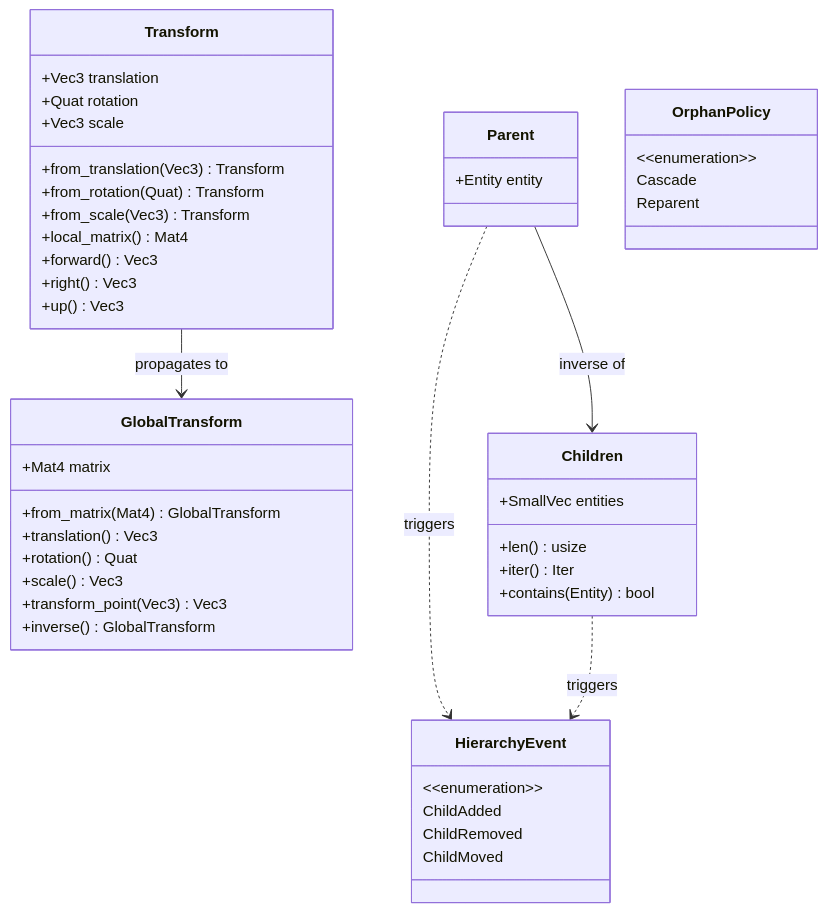
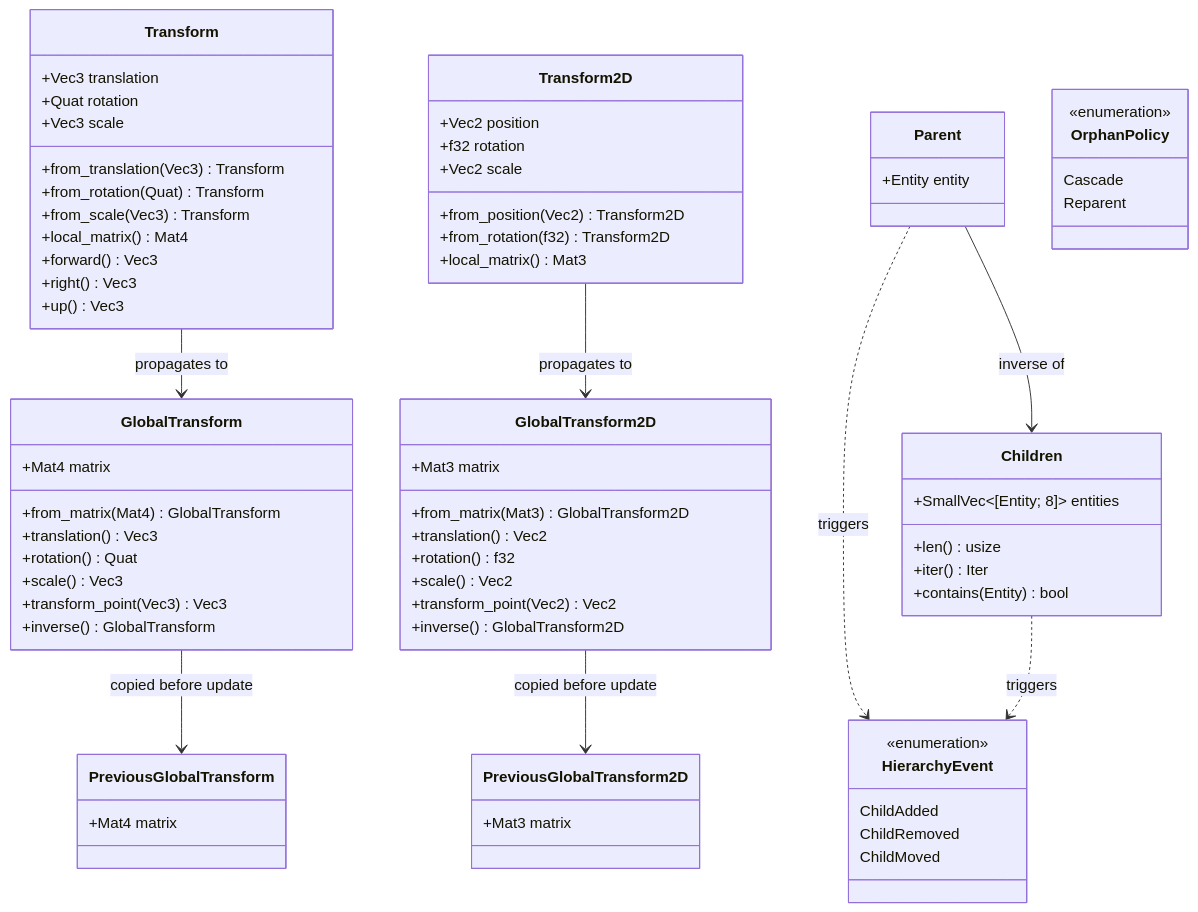
One commit to harmonius-dev/harmonius changed the second of 7 diagrams in docs/design/core-runtime/scene-transforms.md. Above: the diagram before and after it, drawn with Mermaid. The commit also changed other lines of this file and 174 other files, not shown here.

```diff
--- a/docs/design/core-runtime/scene-transforms.md
+++ b/docs/design/core-runtime/scene-transforms.md
@@ -174,6 +189,15 @@
         +up() Vec3
     }
 
+    class Transform2D {
+        +Vec2 position
+        +f32 rotation
+        +Vec2 scale
+        +from_position(Vec2) Transform2D
+        +from_rotation(f32) Transform2D
+        +local_matrix() Mat3
+    }
+
     class GlobalTransform {
         +Mat4 matrix
         +from_matrix(Mat4) GlobalTransform
@@ -184,31 +208,52 @@
         +inverse() GlobalTransform
     }
 
+    class GlobalTransform2D {
+        +Mat3 matrix
+        +from_matrix(Mat3) GlobalTransform2D
+        +translation() Vec2
+        +rotation() f32
+        +scale() Vec2
+        +transform_point(Vec2) Vec2
+        +inverse() GlobalTransform2D
+    }
+
+    class PreviousGlobalTransform {
+        +Mat4 matrix
+    }
+
+    class PreviousGlobalTransform2D {
+        +Mat3 matrix
+    }
+
     class Parent {
         +Entity entity
     }
 
     class Children {
-        +SmallVec entities
+        +SmallVec~[Entity; 8]~ entities
         +len() usize
         +iter() Iter
         +contains(Entity) bool
     }
 
     class HierarchyEvent {
-        &lt;&lt;enumeration&gt;&gt;
+        <<enumeration>>
         ChildAdded
         ChildRemoved
         ChildMoved
     }
 
     class OrphanPolicy {
-        &lt;&lt;enumeration&gt;&gt;
+        <<enumeration>>
         Cascade
         Reparent
     }
 
     Transform --> GlobalTransform : propagates to
+    Transform2D --> GlobalTransform2D : propagates to
+    GlobalTransform --> PreviousGlobalTransform : copied before update
+    GlobalTransform2D --> PreviousGlobalTransform2D : copied before update
     Parent --> Children : inverse of
     Parent ..> HierarchyEvent : triggers
     Children ..> HierarchyEvent : triggers
```
